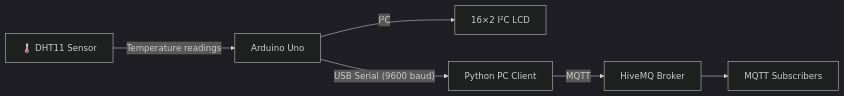
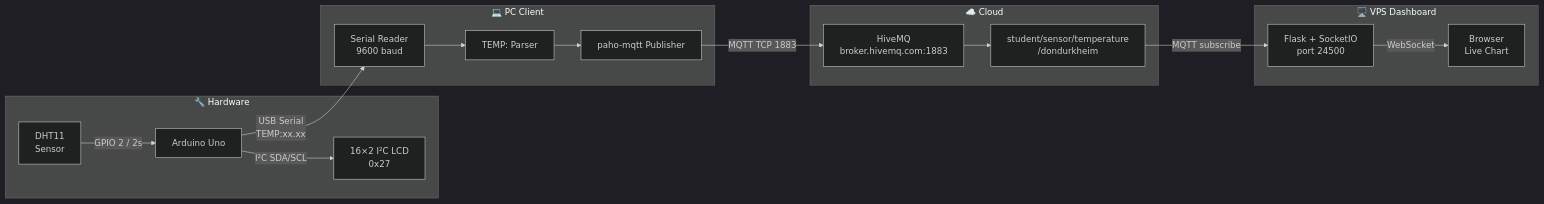
One commit to DonDurkheim/temperature-monitoring-system changed the first of 2 diagrams in README.md. Above: the diagram before and after it, drawn with Mermaid (dark theme). The commit also changed other lines of this file, not shown here.

````diff
--- a/README.md
+++ b/README.md
@@ -44,16 +27,33 @@
 ```mermaid
 flowchart LR
+    subgraph hw["🔧 Hardware"]
+        DHT11["DHT11\nSensor"]
+        UNO["Arduino Uno"]
+        LCD["16×2 I²C LCD\n0x27"]
+    end
 
-    DHT11["🌡️ DHT11 Sensor"]
-    UNO["Arduino Uno"]
-    LCD["16×2 I²C LCD"]
-    PC["Python PC Client"]
-    BROKER["HiveMQ Broker"]
-    SUB["MQTT Subscribers"]
+    subgraph pc["💻 PC Client"]
+        SERIAL["Serial Reader\n9600 baud"]
+        PARSER["TEMP: Parser"]
+        PUB["paho-mqtt Publisher"]
+    end
 
-    DHT11 -->|"Temperature readings"| UNO
-    UNO -->|"I²C"| LCD
-    UNO -->|"USB Serial (9600 baud)"| PC
-    PC -->|"MQTT"| BROKER
-    BROKER --> SUB
+    subgraph cloud["☁️ Cloud"]
+        BROKER["HiveMQ\nbroker.hivemq.com:1883"]
+        TOPIC["student/sensor/temperature\n/dondurkheim"]
+    end
+
+    subgraph dashboard["🖥️ VPS Dashboard"]
+        FLASK["Flask + SocketIO\nport 24500"]
+        UI["Browser\nLive Chart"]
+    end
+
+    DHT11 -->|"GPIO 2 / 2s"| UNO
+    UNO -->|"I²C SDA/SCL"| LCD
+    UNO -->|"USB Serial\nTEMP:xx.xx"| SERIAL
+    SERIAL --> PARSER --> PUB
+    PUB -->|"MQTT TCP 1883"| BROKER
+    BROKER --> TOPIC
+    TOPIC -->|"MQTT subscribe"| FLASK
+    FLASK -->|"WebSocket"| UI
 ```
````
